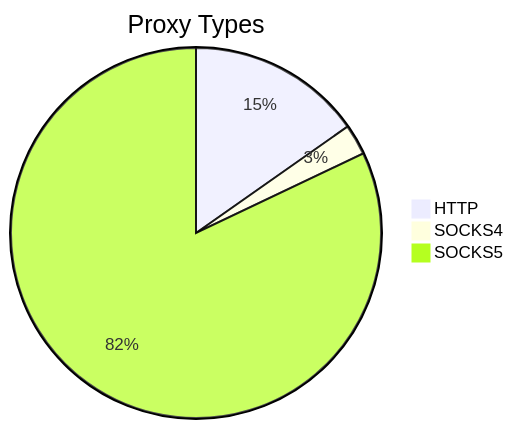
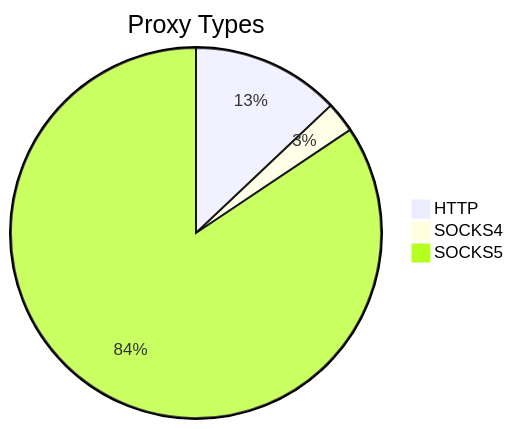
The first of 2 diagrams in README.md (stormsia/proxy-list), drawn with Mermaid before and after one commit. The commit also changed other lines of this file, not shown here.

````diff
--- a/README.md
+++ b/README.md
@@ -21,6 +21,6 @@
 ```mermaid
 pie title Proxy Types
-    "HTTP" : 581
-    "SOCKS4" : 102
-    "SOCKS5" : 3126
+    "HTTP" : 334
+    "SOCKS4" : 69
+    "SOCKS5" : 2178
 ```
````
